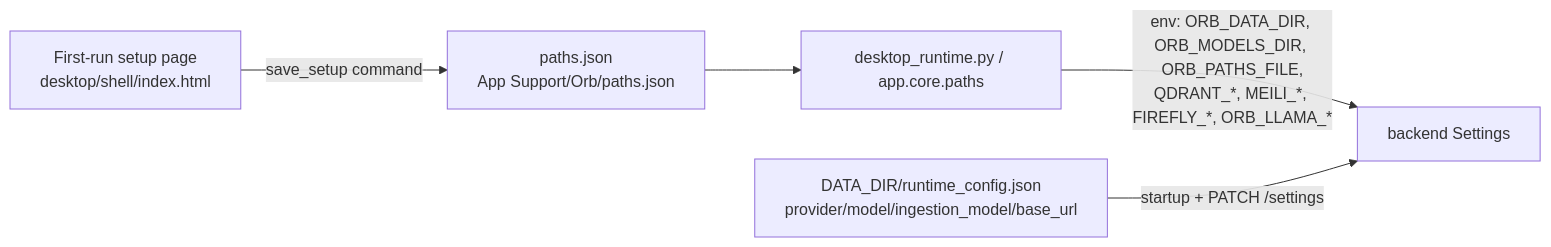
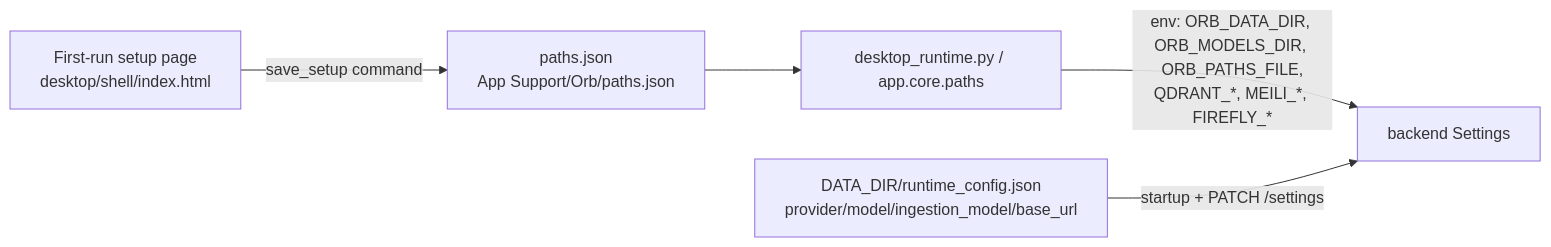
One commit to josetseph/Orb changed the second of 4 diagrams in Docs/02-system-architecture.md. Above: the diagram before and after it, drawn with Mermaid. The commit also changed 33 other files, not shown here.

First line of the commit message:
Move the llama.cpp knobs from environment variables into Settings.

````diff
--- a/Docs/02-system-architecture.md
+++ b/Docs/02-system-architecture.md
@@ -64,7 +64,7 @@
 ```mermaid
 flowchart LR
   W[First-run setup page<br/>desktop/shell/index.html] -->|save_setup command| PJ[paths.json<br/>App Support/Orb/paths.json]
   PJ --> SUP[desktop_runtime.py / app.core.paths]
-  SUP -->|env: ORB_DATA_DIR, ORB_MODELS_DIR, ORB_PATHS_FILE,<br/>QDRANT_*, MEILI_*, FIREFLY_*, ORB_LLAMA_*| API[backend Settings]
+  SUP -->|env: ORB_DATA_DIR, ORB_MODELS_DIR, ORB_PATHS_FILE,<br/>QDRANT_*, MEILI_*, FIREFLY_*| API[backend Settings]
   RC[DATA_DIR/runtime_config.json<br/>provider/model/ingestion_model/base_url] -->|startup + PATCH /settings| API
 ```
````
